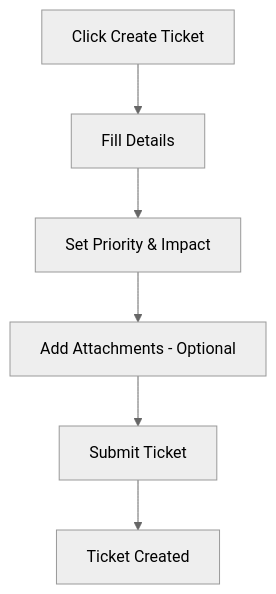
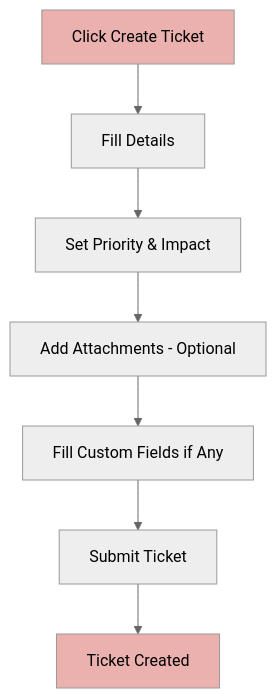
Before and after one commit to salmanb74-dev/ntg-ticket: the first of 7 diagrams in NTG-Ticket-User Guide.md, drawn with Mermaid (neutral theme). The commit also changed other lines of this file, not shown here.

Commit message:
Update NTG-Ticket-User Guide.md

````diff
--- a/NTG-Ticket-User Guide.md
+++ b/NTG-Ticket-User Guide.md
@@ -66,8 +69,11 @@
 ```mermaid
 flowchart TD
     A[Click Create Ticket] --> B[Fill Details]
     B --> C[Set Priority & Impact]
     C --> D[Add Attachments - Optional]
-    D --> E[Submit Ticket]
-    E --> F[Ticket Created]
+    D --> E[Fill Custom Fields if Any]
+    E --> F[Submit Ticket]
+    F --> G[Ticket Created]
+    style A fill:#EAB1AE
+    style G fill:#EAB1AE
 ```
````
